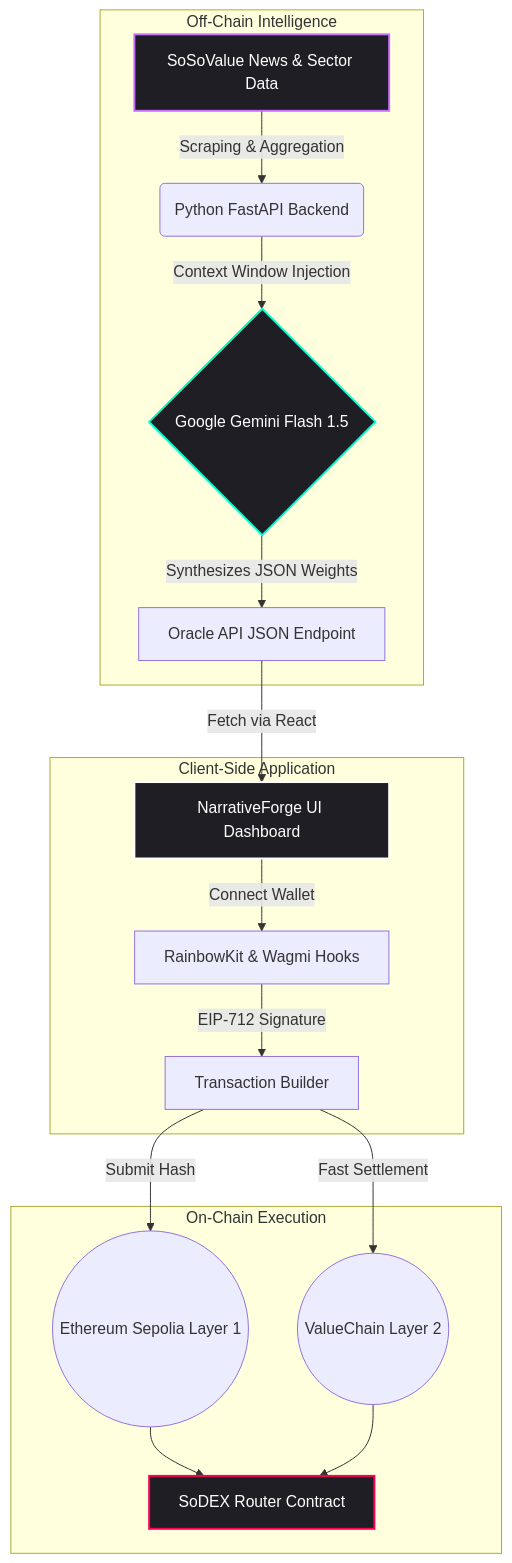
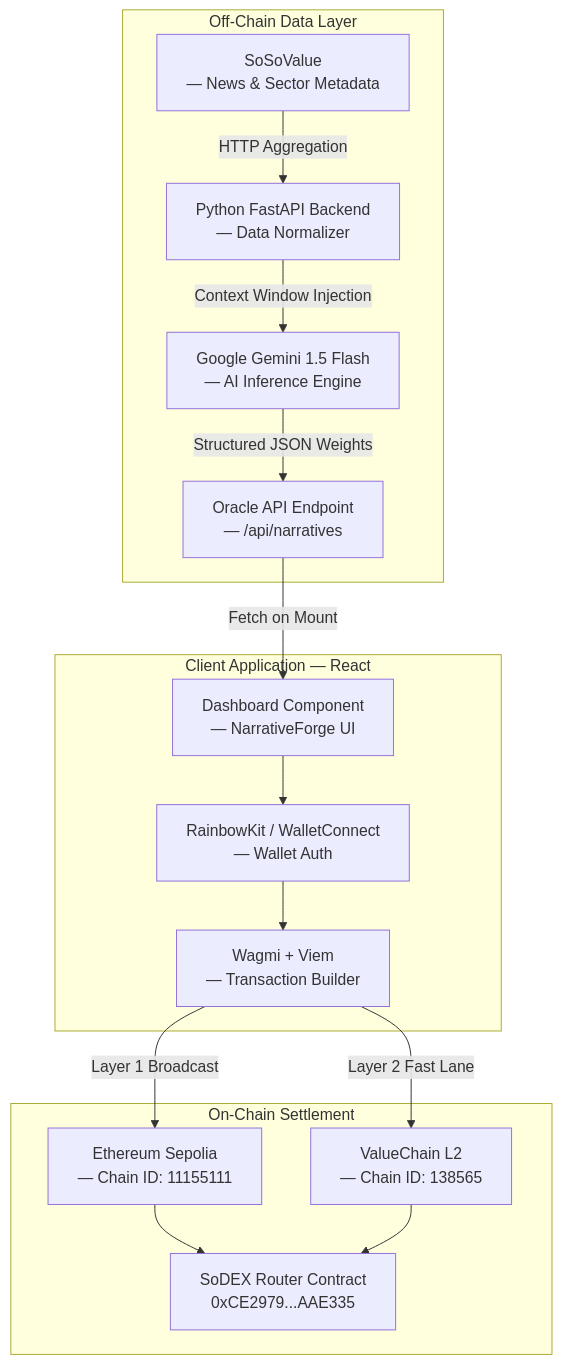
Before and after one commit to shriyashsoni/Narrative-Forge: the first of 2 diagrams in README.md, drawn with Mermaid. The commit also changed other lines of this file, not shown here.

Commit message:
docs: full professional README rewrite with badges, mermaid diagrams, wave upgrade table, and complete stack documentation

````diff
--- a/README.md
+++ b/README.md
@@ -46,26 +96,22 @@
 ```mermaid
 graph TD
-    subgraph Off-Chain Intelligence
-        A[SoSoValue News & Sector Data] -->|Scraping & Aggregation| B(Python FastAPI Backend)
-        B -->|Context Window Injection| C{Google Gemini Flash 1.5}
-        C -->|Synthesizes JSON Weights| D[Oracle API JSON Endpoint]
+    subgraph "Off-Chain Data Layer"
+        A["SoSoValue\n— News & Sector Metadata"] -->|HTTP Aggregation| B
+        B["Python FastAPI Backend\n— Data Normalizer"] -->|Context Window Injection| C
+        C["Google Gemini 1.5 Flash\n— AI Inference Engine"] -->|Structured JSON Weights| D
+        D["Oracle API Endpoint\n— /api/narratives"]
     end
 
-    subgraph Client-Side Application
-        D -->|Fetch via React| E[NarrativeForge UI Dashboard]
-        E -->|Connect Wallet| F[RainbowKit & Wagmi Hooks]
-        F -->|EIP-712 Signature| G[Transaction Builder]
+    subgraph "Client Application — React"
+        D -->|Fetch on Mount| E["Dashboard Component\n— NarrativeForge UI"]
+        E --> F["RainbowKit / WalletConnect\n— Wallet Auth"]
+        F --> G["Wagmi + Viem\n— Transaction Builder"]
     end
 
-    subgraph On-Chain Execution
-        G -->|Submit Hash| H((Ethereum Sepolia Layer 1))
-        G -->|Fast Settlement| I((ValueChain Layer 2))
-        H --> J[SoDEX Router Contract]
+    subgraph "On-Chain Settlement"
+        G -->|Layer 1 Broadcast| H["Ethereum Sepolia\n— Chain ID: 11155111"]
+        G -->|Layer 2 Fast Lane| I["ValueChain L2\n— Chain ID: 138565"]
+        H --> J["SoDEX Router Contract\n0xCE2979...AAE335"]
         I --> J
     end
-    
-    style A fill:#1e1e24,stroke:#c86fff,stroke-width:2px,color:#fff
-    style C fill:#1e1e24,stroke:#00ffcc,stroke-width:2px,color:#fff
-    style E fill:#1e1e24,stroke:#fff,stroke-width:2px,color:#fff
-    style J fill:#1e1e24,stroke:#ff0055,stroke-width:2px,color:#fff
 ```
````
